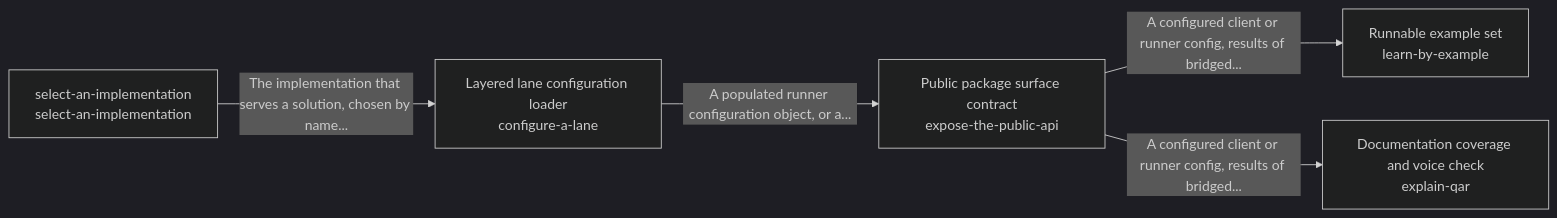
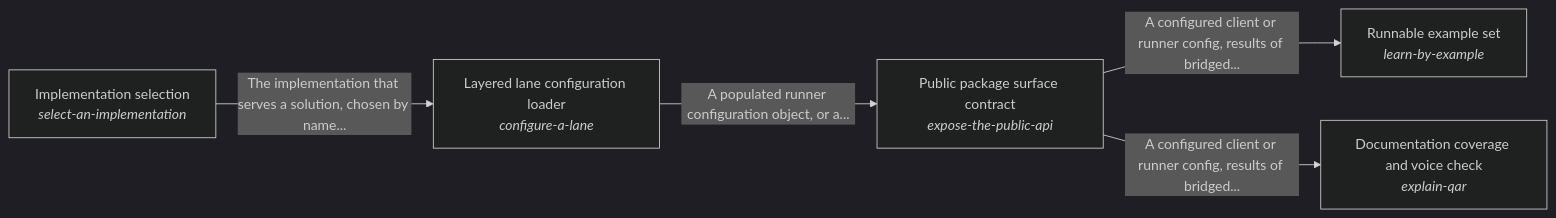
Before and after one commit to SpiritualData/quest-ai-runner: the diagram in quest_ai_runner/take_in_the_world/README.md, drawn with Mermaid (dark theme). The commit also changed other lines of this file and 111 other files, not shown here.

Commit message:
Human names lead every record: name every solution, metric and arm, and rewrite each intent's coherence paragraph in display names (regenerated readmes, diagrams, tracker)

````diff
--- a/quest_ai_runner/take_in_the_world/README.md
+++ b/quest_ai_runner/take_in_the_world/README.md
@@ -17,12 +17,12 @@
 ```mermaid
 flowchart LR
-    s0["Public package surface contract<br/>expose-the-public-api"]
-    s1["Runnable example set<br/>learn-by-example"]
-    s2["Layered lane configuration loader<br/>configure-a-lane"]
-    s3["Documentation coverage and voice check<br/>explain-qar"]
-    s4["select-an-implementation<br/>select-an-implementation"]
+    s0["Public package surface contract<br/><i>expose-the-public-api</i>"]
+    s1["Runnable example set<br/><i>learn-by-example</i>"]
+    s2["Layered lane configuration loader<br/><i>configure-a-lane</i>"]
+    s3["Documentation coverage and voice check<br/><i>explain-qar</i>"]
+    s4["Implementation selection<br/><i>select-an-implementation</i>"]
     s0 -->|"A configured client or runner config, results of bridged..."| s1
     s0 -->|"A configured client or runner config, results of bridged..."| s3
     s2 -->|"A populated runner configuration object, or a..."| s0
     s4 -->|"The implementation that serves a solution, chosen by name..."| s2
 ```
````
